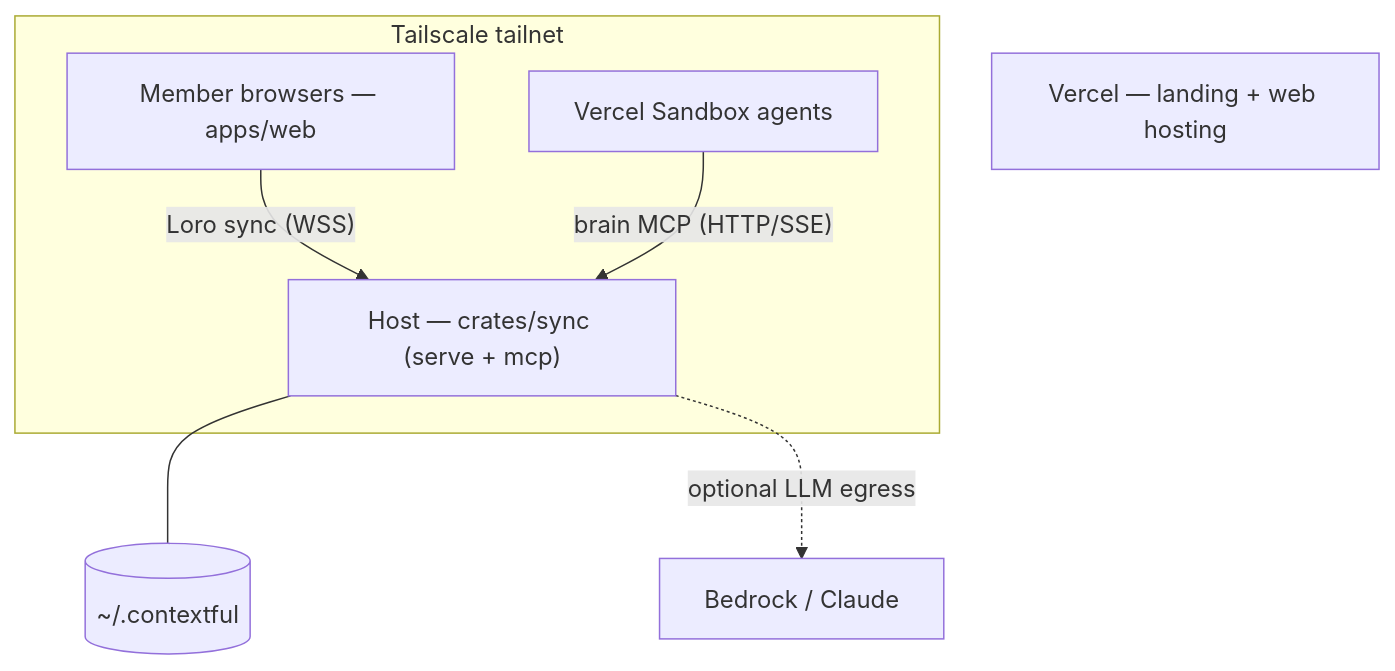
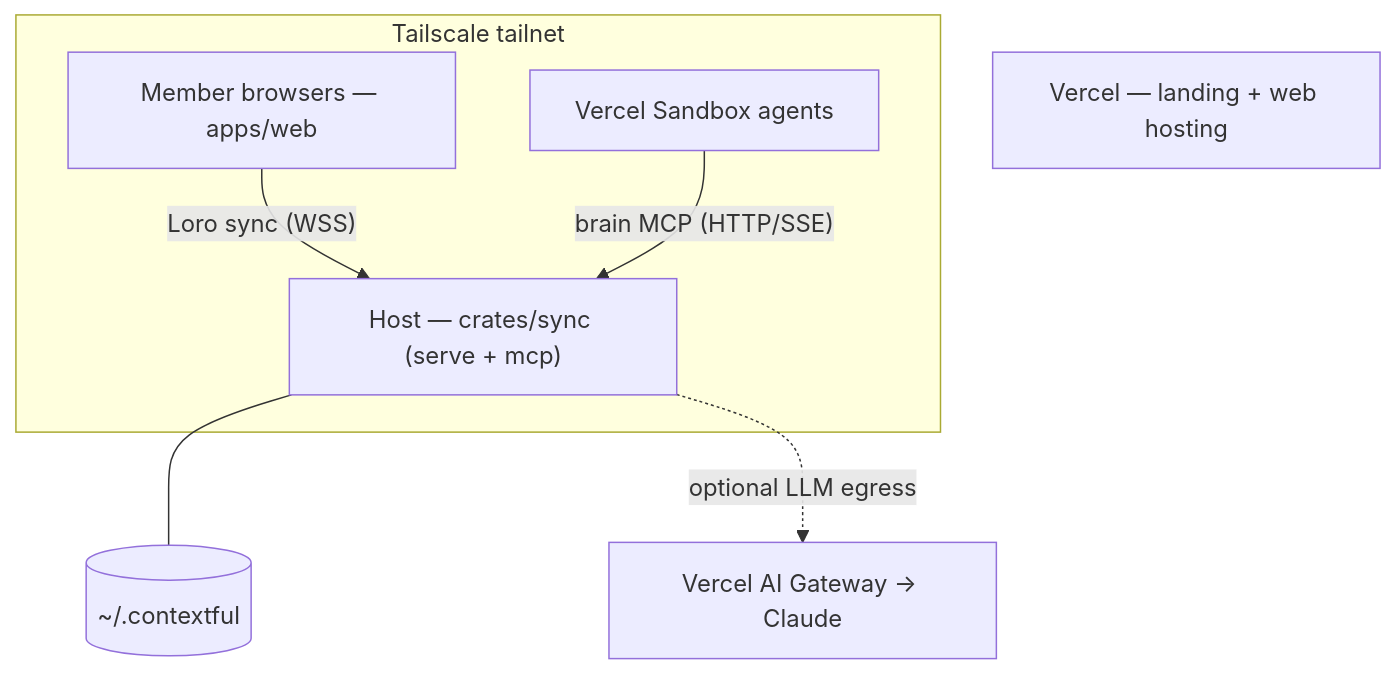
The diagram in specs/07-deployment-iac.md (fractalboxdev/superai2026), drawn with Mermaid before and after one commit. The commit also changed other lines of this file and 5 other files, not shown here.

First line of the commit message:
Specs: default inference to Vercel AI Gateway; spell out sandbox ownership

````diff
--- a/specs/07-deployment-iac.md
+++ b/specs/07-deployment-iac.md
@@ -9,13 +9,13 @@
 ```mermaid
 flowchart TD
     subgraph Tailnet["Tailscale tailnet"]
         HOST["Host — crates/sync (serve + mcp)"]
         BROWSER["Member browsers — apps/web"]
         SBX["Vercel Sandbox agents"]
     end
     HOST --- STORE[("~/.contextful")]
     BROWSER -- "Loro sync (WSS)" --> HOST
     SBX -- "brain MCP (HTTP/SSE)" --> HOST
-    HOST -. "optional LLM egress" .-> BR["Bedrock / Claude"]
+    HOST -. "optional LLM egress" .-> BR["Vercel AI Gateway → Claude"]
     VERCEL["Vercel — landing + web hosting"]
 ```
````
